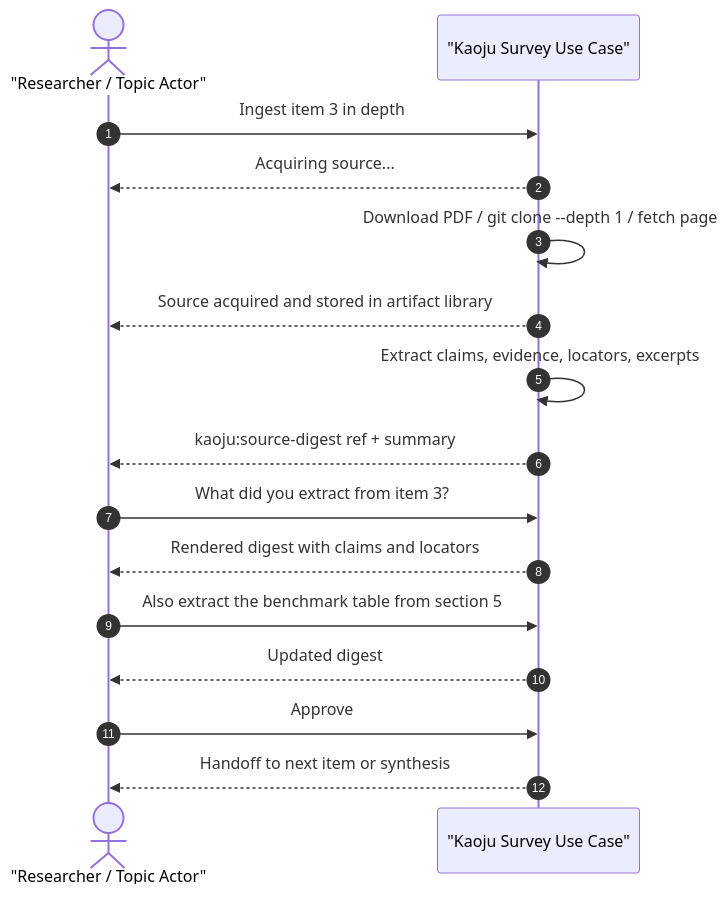
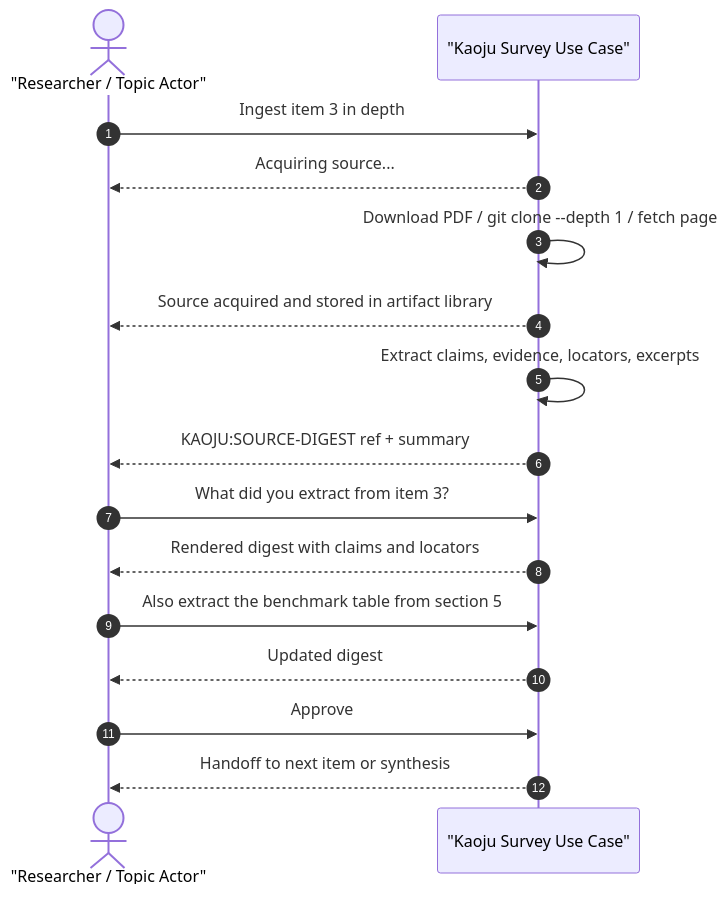
The second of 2 diagrams in context/features/2026-07-14-kaoju-survey-process-usecases/usecases/uc-03-ingest-reading-item-in-depth.md (CodeGandee/isomer-labs), drawn with Mermaid before and after one commit. The commit also changed other lines of this file and 309 other files, not shown here.

````diff
--- a/context/features/2026-07-14-kaoju-survey-process-usecases/usecases/uc-03-ingest-reading-item-in-depth.md
+++ b/context/features/2026-07-14-kaoju-survey-process-usecases/usecases/uc-03-ingest-reading-item-in-depth.md
@@ -135,19 +135,19 @@
 ```mermaid
 sequenceDiagram
   autonumber
   actor Researcher as "Researcher / Topic Actor"
   participant System as "Kaoju Survey Use Case"
 
   Researcher->>System: Ingest item 3 in depth
   System-->>Researcher: Acquiring source...
   System->>System: Download PDF / git clone --depth 1 / fetch page
   System-->>Researcher: Source acquired and stored in artifact library
   System->>System: Extract claims, evidence, locators, excerpts
-  System-->>Researcher: kaoju:source-digest ref + summary
+  System-->>Researcher: KAOJU:SOURCE-DIGEST ref + summary
   Researcher->>System: What did you extract from item 3?
   System-->>Researcher: Rendered digest with claims and locators
   Researcher->>System: Also extract the benchmark table from section 5
   System-->>Researcher: Updated digest
   Researcher->>System: Approve
   System-->>Researcher: Handoff to next item or synthesis
 ```
````
